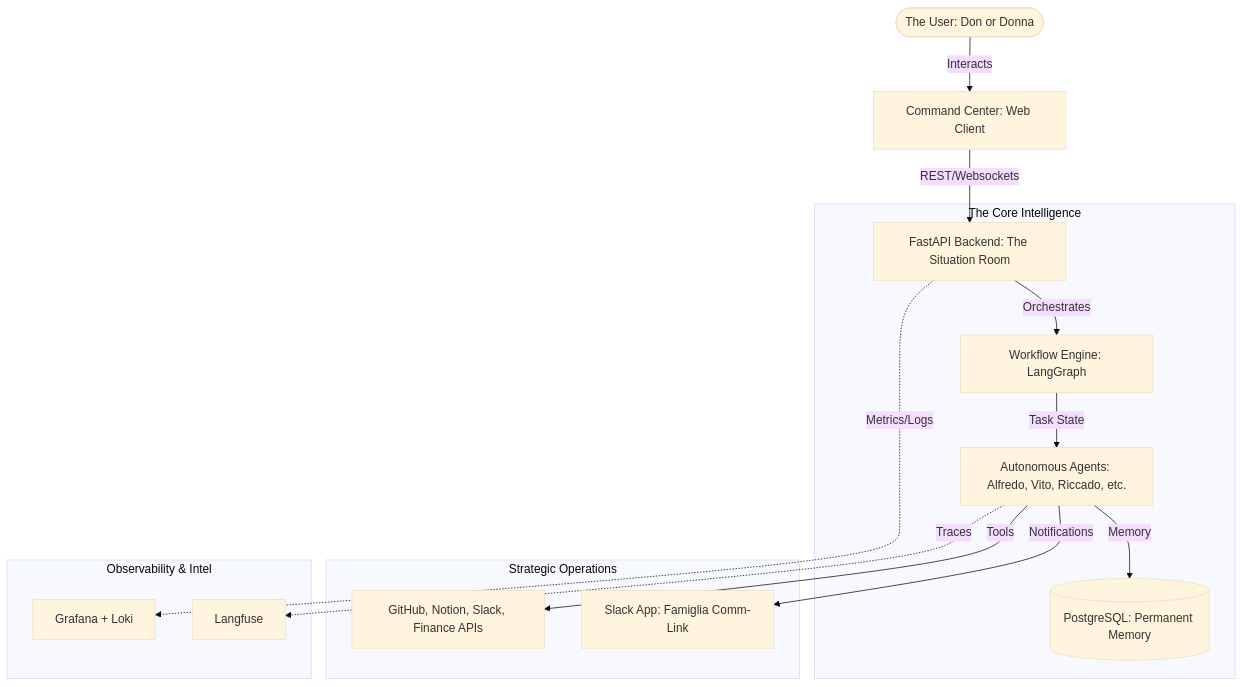
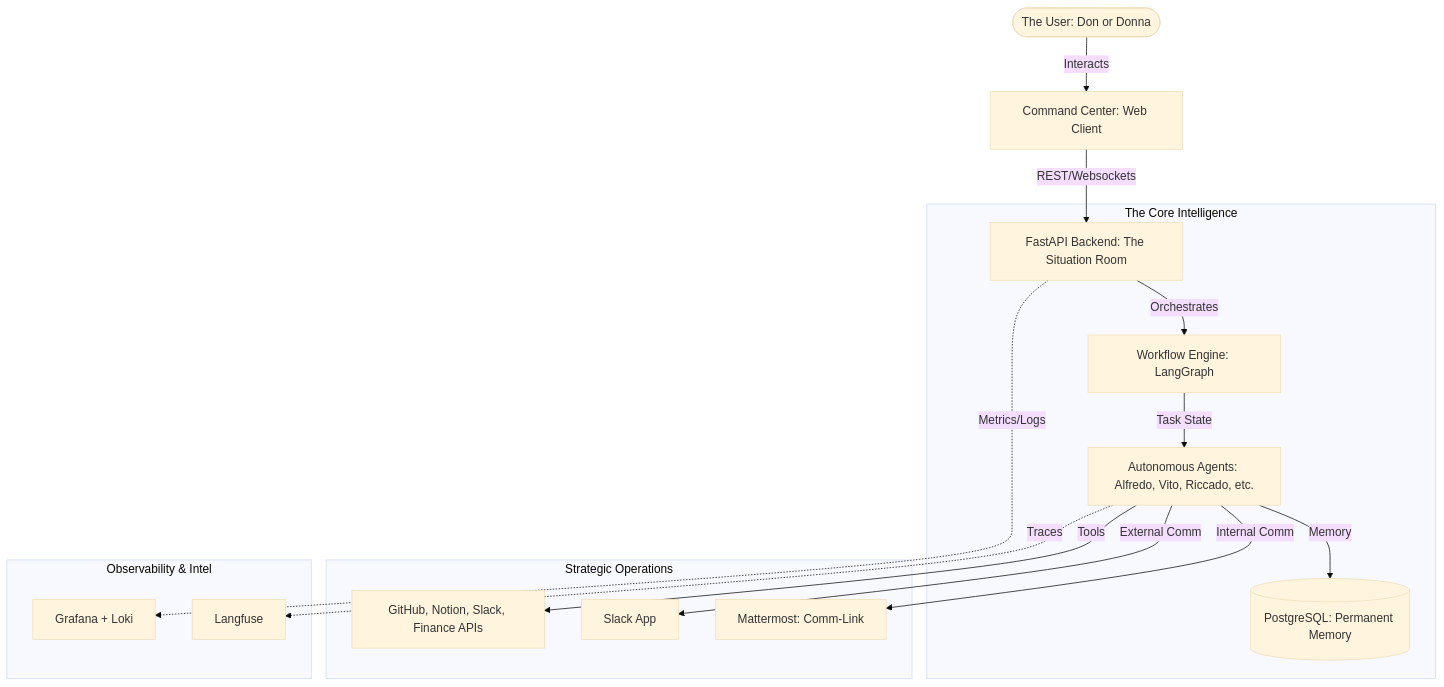
Before and after one commit to AI-Passione/famiglia-core: the diagram in README.md, drawn with Mermaid (base theme). The commit also changed other lines of this file, not shown here.

Commit message:
docs: update quick start guide and add Mattermost integration details to README

````diff
--- a/README.md
+++ b/README.md
@@ -122,21 +116,22 @@
 ```mermaid
 graph TD
     User([The User: Don or Donna]) -->|Interacts| Dashboard[Command Center: Web Client]
     Dashboard -->|REST/Websockets| Backend[FastAPI Backend: The Situation Room]
     
     subgraph Core ["The Core Intelligence"]
         Backend -->|Orchestrates| Workflow[Workflow Engine: LangGraph]
         Workflow -->|Task State| Agents[Autonomous Agents: Alfredo, Vito, Riccado, etc.]
         Agents -->|Memory| DB[(PostgreSQL: Permanent Memory)]
     end
     
     subgraph Ops ["Strategic Operations"]
         Agents -->|Tools| External[GitHub, Notion, Slack, Finance APIs]
-        Agents -->|Notifications| Slack[Slack App: Famiglia Comm-Link]
+        Agents -->|External Comm| Slack[Slack App]
+        Agents -->|Internal Comm| Mattermost[Mattermost: Comm-Link]
     end
     
     subgraph Obs ["Observability & Intel"]
         Backend -.->|Metrics/Logs| Grafana[Grafana + Loki]
         Agents -.->|Traces| Langfuse[Langfuse]
     end
 ```
````
